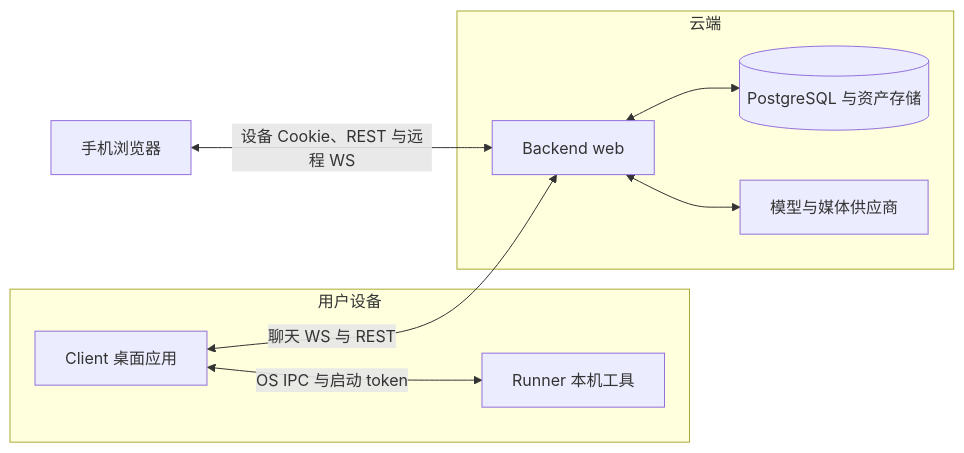
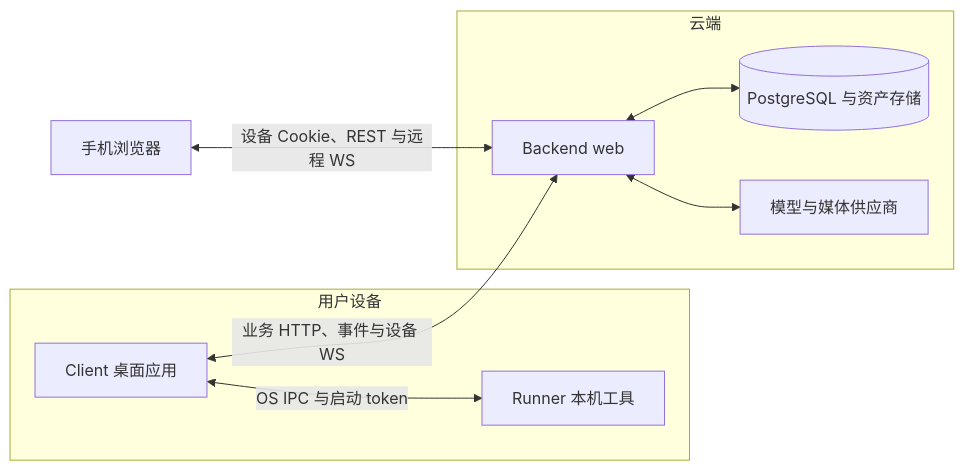
One commit to yangjinming1062/SpiritAgent changed the diagram in docs/ARCHITECTURE.md. Above: the diagram before and after it, drawn with Mermaid. The commit also changed other lines of this file and 177 other files, not shown here.

First line of the commit message:
refactor(backend,client): 统一业务HTTP并独立实时恢复与工具回执交付

````diff
--- a/docs/ARCHITECTURE.md
+++ b/docs/ARCHITECTURE.md
@@ -7,17 +7,17 @@
 ```mermaid
 flowchart LR
     subgraph Desktop[用户设备]
         Client[Client 桌面应用]
         Runner[Runner 本机工具]
         Client <-->|OS IPC 与启动 token| Runner
     end
     subgraph Cloud[云端]
         Backend[Backend web]
         DB[(PostgreSQL 与资产存储)]
         Provider[模型与媒体供应商]
         Backend <--> DB
         Backend <--> Provider
     end
-    Client <-->|聊天 WS 与 REST| Backend
+    Client <-->|业务 HTTP、事件与设备 WS| Backend
     Mobile[手机浏览器] <-->|设备 Cookie、REST 与远程 WS| Backend
 ```
````
